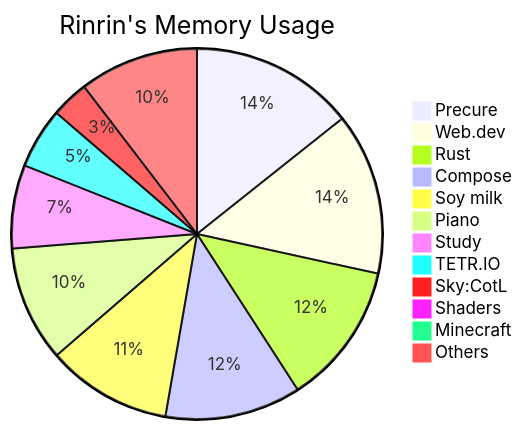
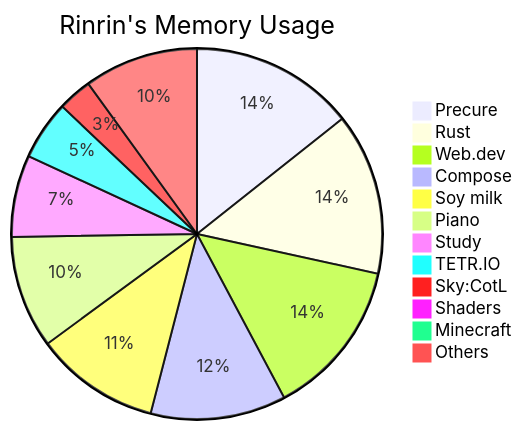
One commit to Rinrin0413/Rinrin0413 changed the diagram in README.md. Above: the diagram before and after it, drawn with Mermaid.

Commit message:
🛠 Update: Rinrin's Memory Usage

````diff
--- a/README.md
+++ b/README.md
@@ -76,15 +76,15 @@
 ```mermaid
 pie title Rinrin's Memory Usage
-    "Precure": 586
-    "Web.dev": 578
-    "Rust": 509
-    "Compose": 486
-    "Soy milk": 447
-    "Piano": 413
+    "Precure": 598
+    "Rust": 589
+    "Web.dev": 575
+    "Compose": 493
+    "Soy milk": 455
+    "Piano": 410
     "Study": 298
-    "TETR.IO": 217
-    "Sky:CotL": 134
+    "TETR.IO": 216
+    "Sky:CotL": 124
     "Shaders": 30
     "Minecraft": 30
-    "Others": 426
+    "Others": 416
 ```
````
